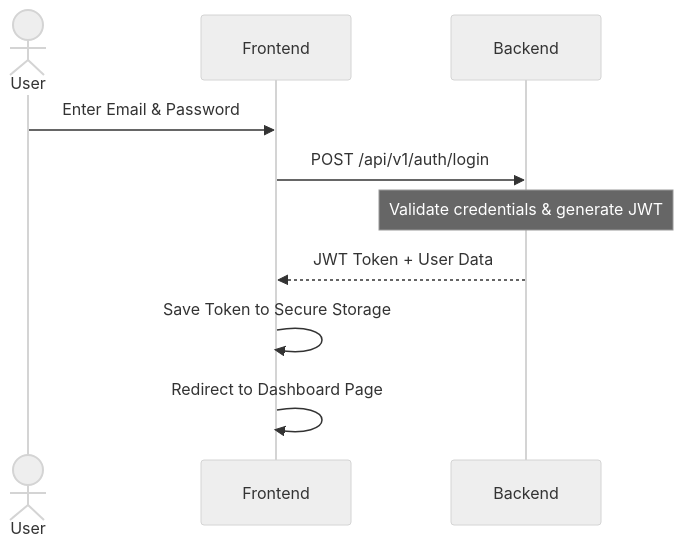
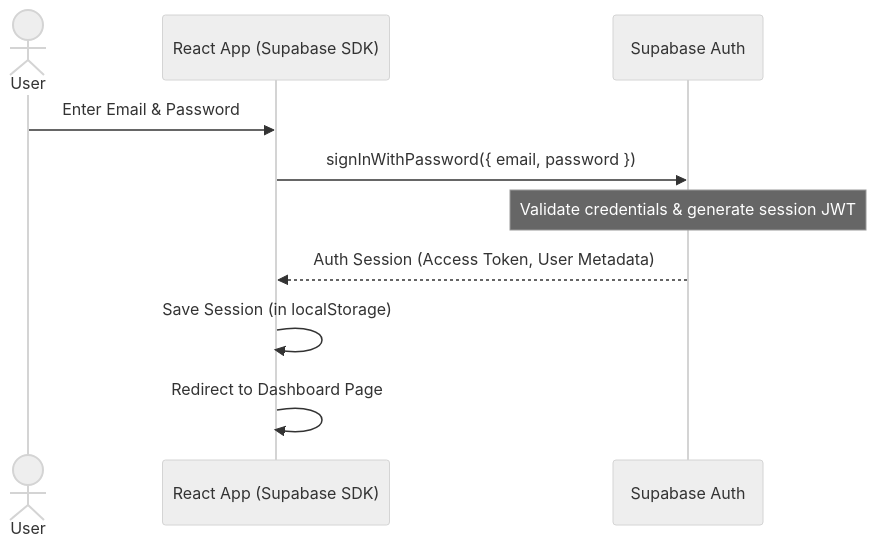
The first of 3 diagrams in docs/requirements.md (rifkykurniawan/e-ff-project), drawn with Mermaid (neutral theme) before and after one commit. The commit also changed other lines of this file and 14 other files, not shown here.

Commit message:
feat: implement multi-user sign-up workflow and enforce data isolation via Supabase RLS policies

````diff
--- a/docs/requirements.md
+++ b/docs/requirements.md
@@ -109,12 +110,12 @@
 ```mermaid
 sequenceDiagram
     actor User
-    participant Frontend
-    participant Backend
+    participant Frontend as React App (Supabase SDK)
+    participant Supabase as Supabase Auth
     User->>Frontend: Enter Email & Password
-    Frontend->>Backend: POST /api/v1/auth/login
-    Note over Backend: Validate credentials & generate JWT
-    Backend-->>Frontend: JWT Token + User Data
-    Frontend->>Frontend: Save Token to Secure Storage
+    Frontend->>Supabase: signInWithPassword({ email, password })
+    Note over Supabase: Validate credentials & generate session JWT
+    Supabase-->>Frontend: Auth Session (Access Token, User Metadata)
+    Frontend->>Frontend: Save Session (in localStorage)
     Frontend->>Frontend: Redirect to Dashboard Page
 ```
````
